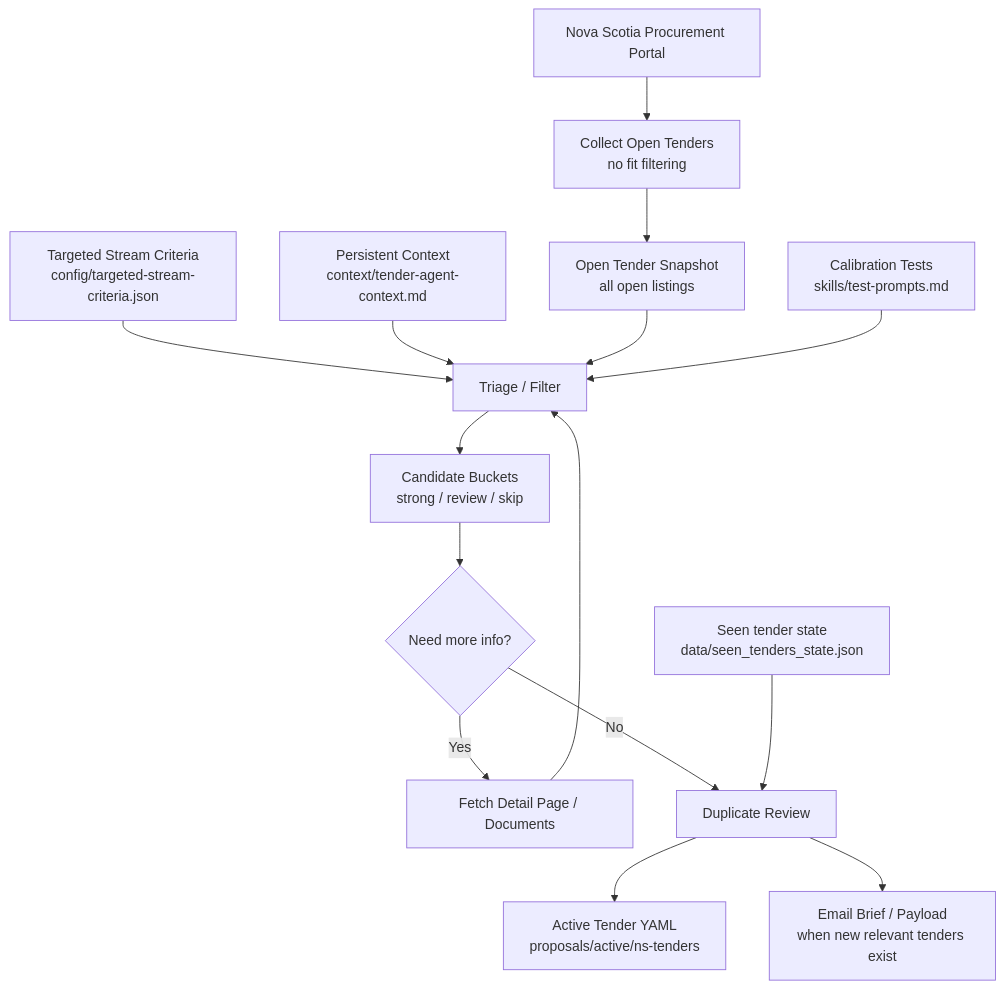
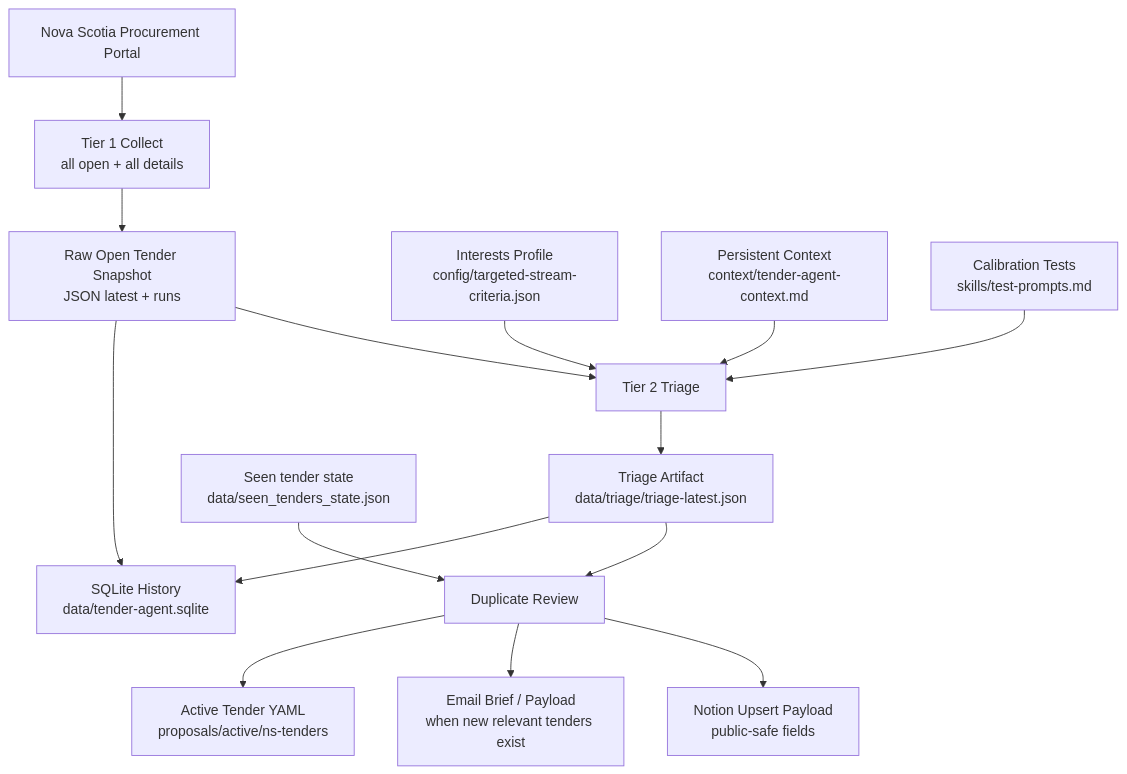
Before and after one commit to jayapatel1511-hub/Tender-Agent: the diagram in docs/agent_flow.md, drawn with Mermaid. The commit also changed other lines of this file and 40 other files, not shown here.

Commit message:
Implement two-tier tender agent workflow

````diff
--- a/docs/agent_flow.md
+++ b/docs/agent_flow.md
@@ -5,17 +5,17 @@
 ```mermaid
 flowchart TD
-    A["Nova Scotia Procurement Portal"] --> B["Collect Open Tenders<br/>no fit filtering"]
-    B --> C["Open Tender Snapshot<br/>all open listings"]
-    D["Targeted Stream Criteria<br/>config/targeted-stream-criteria.json"] --> E["Triage / Filter"]
+    A["Nova Scotia Procurement Portal"] --> B["Tier 1 Collect<br/>all open + all details"]
+    B --> C["Raw Open Tender Snapshot<br/>JSON latest + runs"]
+    C --> DB["SQLite History<br/>data/tender-agent.sqlite"]
+    D["Interests Profile<br/>config/targeted-stream-criteria.json"] --> E["Tier 2 Triage"]
     M["Persistent Context<br/>context/tender-agent-context.md"] --> E
     C --> E
-    E --> F["Candidate Buckets<br/>strong / review / skip"]
-    F --> G{"Need more info?"}
-    G -->|"Yes"| H["Fetch Detail Page / Documents"]
-    H --> E
-    G -->|"No"| I["Duplicate Review"]
+    E --> F["Triage Artifact<br/>data/triage/triage-latest.json"]
+    F --> DB
+    F --> I["Duplicate Review"]
     S["Seen tender state<br/>data/seen_tenders_state.json"] --> I
     T["Calibration Tests<br/>skills/test-prompts.md"] --> E
     I --> J["Active Tender YAML<br/>proposals/active/ns-tenders"]
     I --> K["Email Brief / Payload<br/>when new relevant tenders exist"]
+    I --> L["Notion Upsert Payload<br/>public-safe fields"]
 ```
````
